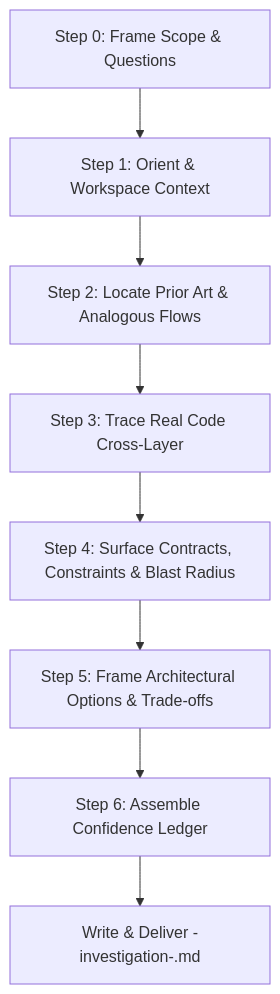
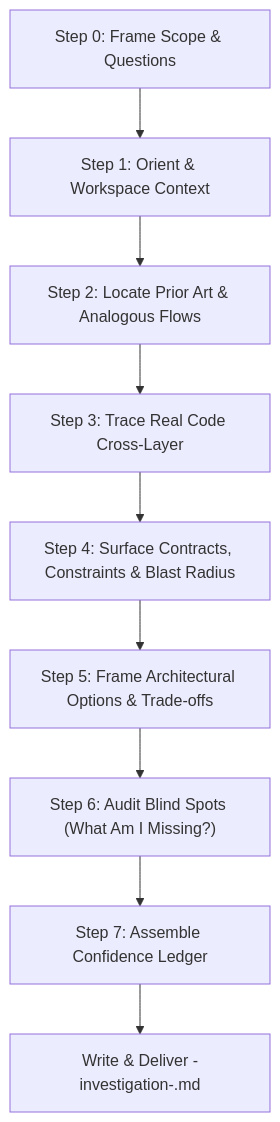
Before and after one commit to snuffish/dotfiles: the diagram in skills/investigate/SKILL.md, drawn with Mermaid. The commit also changed other lines of this file and 4 other files, not shown here.

````diff
--- a/skills/investigate/SKILL.md
+++ b/skills/investigate/SKILL.md
@@ -90,10 +91,11 @@
 ```mermaid
 flowchart TD
     S0["Step 0: Frame Scope & Questions"] --> S1["Step 1: Orient & Workspace Context"]
     S1 --> S2["Step 2: Locate Prior Art & Analogous Flows"]
     S2 --> S3["Step 3: Trace Real Code Cross-Layer"]
     S3 --> S4["Step 4: Surface Contracts, Constraints & Blast Radius"]
     S4 --> S5["Step 5: Frame Architectural Options & Trade-offs"]
-    S5 --> S6["Step 6: Assemble Confidence Ledger"]
-    S6 --> Art["Write & Deliver <prefix>-investigation-<suffix>.md"]
+    S5 --> S6["Step 6: Audit Blind Spots (What Am I Missing?)"]
+    S6 --> S7["Step 7: Assemble Confidence Ledger"]
+    S7 --> Art["Write & Deliver <prefix>-investigation-<suffix>.md"]
 ```
````
